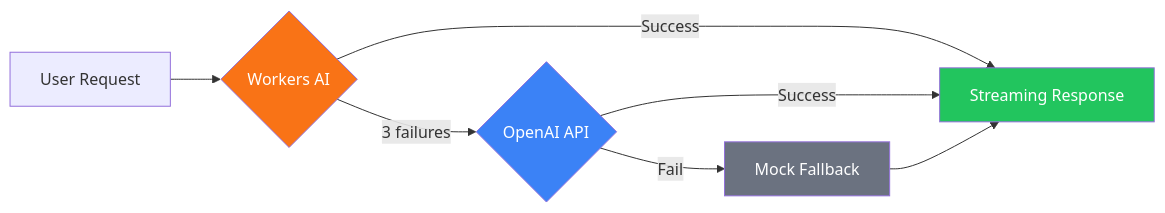
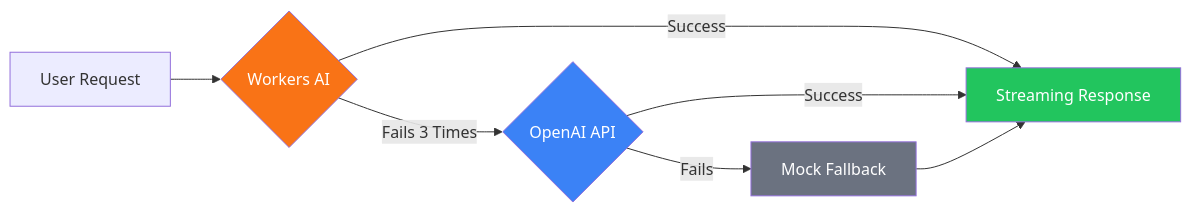
One commit to souloss/astro-minblog changed the diagram in apps/blog/src/data/blog/en/ai-guide.md. Above: the diagram before and after it, drawn with Mermaid. The commit also changed other lines of this file, not shown here.

````diff
--- a/apps/blog/src/data/blog/en/ai-guide.md
+++ b/apps/blog/src/data/blog/en/ai-guide.md
@@ -108,14 +108,14 @@
 ```mermaid
 flowchart LR
     Request[User Request] --> W{Workers AI}
     W -->|Success| Response[Streaming Response]
-    W -->|3 failures| O{OpenAI API}
+    W -->|Fails 3 Times| O{OpenAI API}
     O -->|Success| Response
-    O -->|Fail| M[Mock Fallback]
+    O -->|Fails| M[Mock Fallback]
     M --> Response
 
     style W fill:#f97316,color:#fff
     style O fill:#3b82f6,color:#fff
     style M fill:#6b7280,color:#fff
     style Response fill:#22c55e,color:#fff
 ```
````
